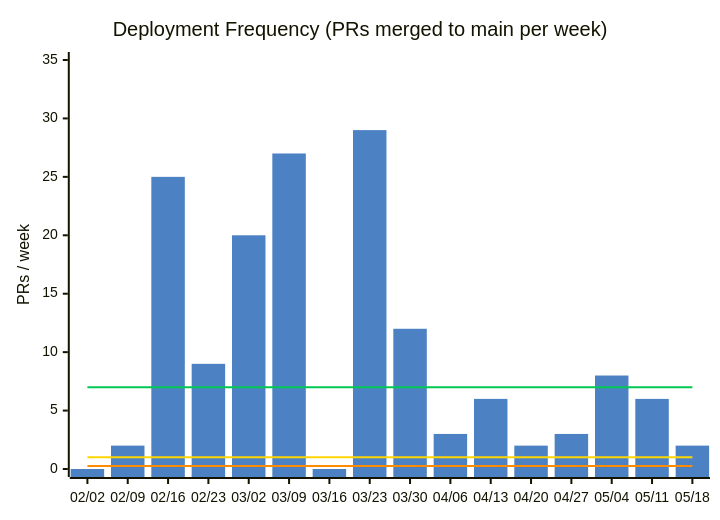
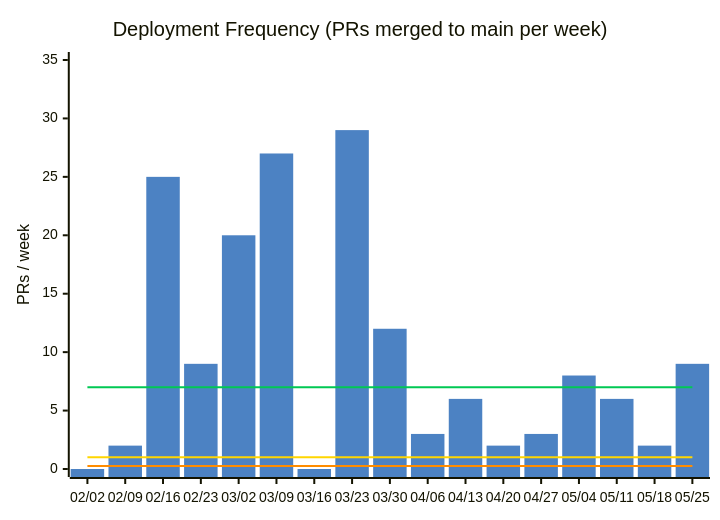
One commit to nablarch/nabledge-dev changed the first of 14 diagrams in docs/metrics.md. Above: the diagram before and after it, drawn with Mermaid. The commit also changed other lines of this file and 2 other files, not shown here.

````diff
--- a/docs/metrics.md
+++ b/docs/metrics.md
@@ -37,11 +37,11 @@
 ```mermaid
 %%{init: {'theme': 'base', 'themeVariables': {'xyChart': {'plotColorPalette': '#4C82C3,#00C853,#FFD600,#FF8C00'}}}}%%
 xychart-beta
   title "Deployment Frequency (PRs merged to main per week)"
-  x-axis ["02/02", "02/09", "02/16", "02/23", "03/02", "03/09", "03/16", "03/23", "03/30", "04/06", "04/13", "04/20", "04/27", "05/04", "05/11", "05/18"]
+  x-axis ["02/02", "02/09", "02/16", "02/23", "03/02", "03/09", "03/16", "03/23", "03/30", "04/06", "04/13", "04/20", "04/27", "05/04", "05/11", "05/18", "05/25"]
   y-axis "PRs / week" 0 --> 35
-  bar [0, 2, 25, 9, 20, 27, 0, 29, 12, 3, 6, 2, 3, 8, 6, 2]
-  line [7, 7, 7, 7, 7, 7, 7, 7, 7, 7, 7, 7, 7, 7, 7, 7]
-  line [1, 1, 1, 1, 1, 1, 1, 1, 1, 1, 1, 1, 1, 1, 1, 1]
-  line [0.25, 0.25, 0.25, 0.25, 0.25, 0.25, 0.25, 0.25, 0.25, 0.25, 0.25, 0.25, 0.25, 0.25, 0.25, 0.25]
+  bar [0, 2, 25, 9, 20, 27, 0, 29, 12, 3, 6, 2, 3, 8, 6, 2, 9]
+  line [7, 7, 7, 7, 7, 7, 7, 7, 7, 7, 7, 7, 7, 7, 7, 7, 7]
+  line [1, 1, 1, 1, 1, 1, 1, 1, 1, 1, 1, 1, 1, 1, 1, 1, 1]
+  line [0.25, 0.25, 0.25, 0.25, 0.25, 0.25, 0.25, 0.25, 0.25, 0.25, 0.25, 0.25, 0.25, 0.25, 0.25, 0.25, 0.25]
 ```
````
